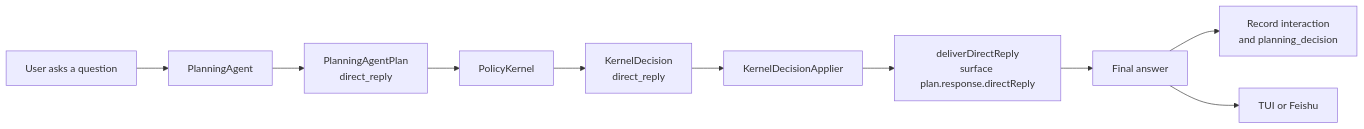
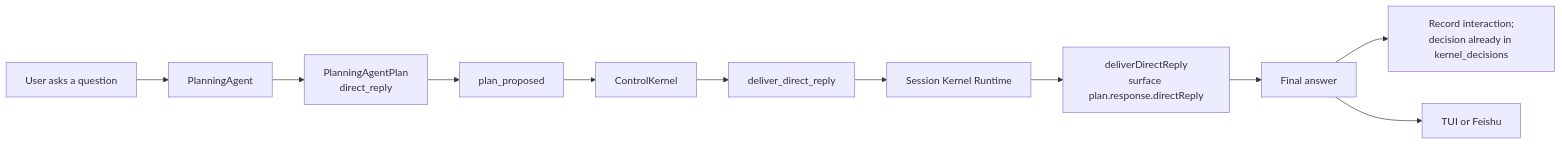
The second of 4 diagrams in docs/current/technical-overview.md (IFOSR/metawork), drawn with Mermaid before and after one commit. The commit also changed other lines of this file and 81 other files, not shown here.

Commit message:
feat: establish unified kernel control plane

````diff
--- a/docs/current/technical-overview.md
+++ b/docs/current/technical-overview.md
@@ -75,12 +67,13 @@
 ```mermaid
 flowchart LR
   Input[User asks a question] --> Planning[PlanningAgent]
   Planning --> Plan[PlanningAgentPlan<br/>direct_reply]
-  Plan --> Kernel[PolicyKernel]
-  Kernel --> Decision[KernelDecision<br/>direct_reply]
-  Decision --> Runtime[KernelDecisionApplier]
+  Plan --> Event[plan_proposed]
+  Event --> Kernel[ControlKernel]
+  Kernel --> Decision[deliver_direct_reply]
+  Decision --> Runtime[Session Kernel Runtime]
   Runtime --> Deliver[deliverDirectReply<br/>surface plan.response.directReply]
   Deliver --> Answer[Final answer]
-  Answer --> Persist[Record interaction<br/>and planning_decision]
+  Answer --> Persist[Record interaction;<br/>decision already in kernel_decisions]
   Answer --> UI[TUI or Feishu]
 ```
````
